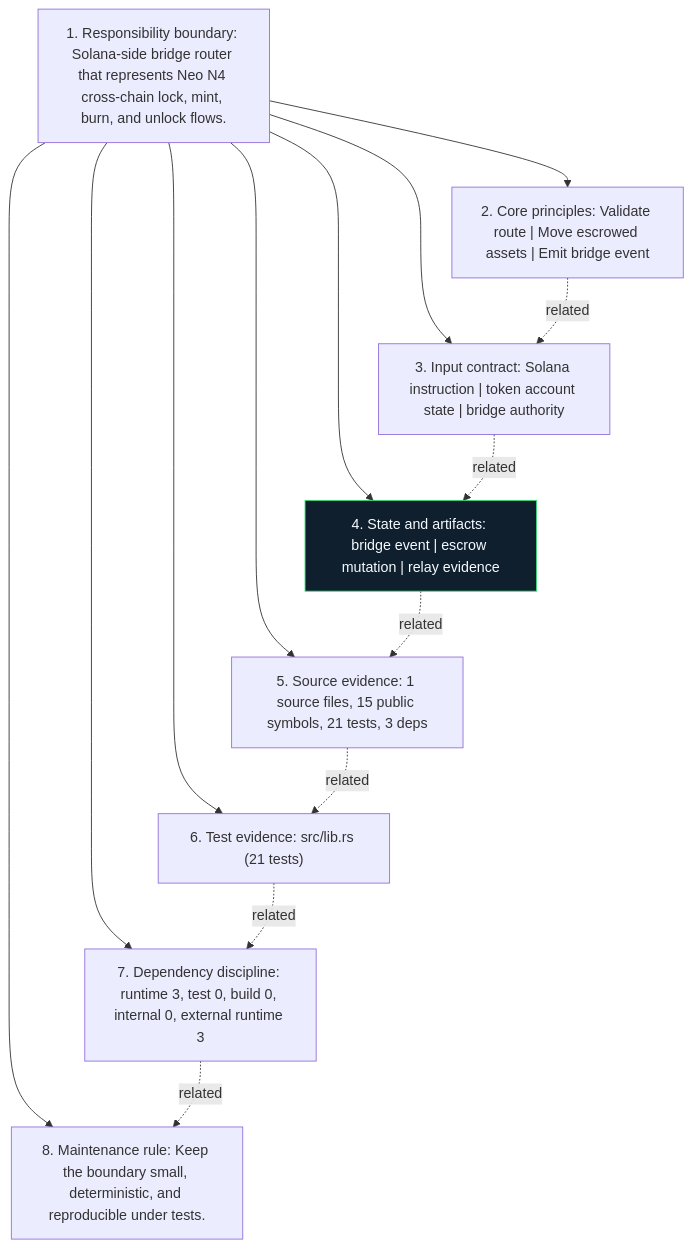
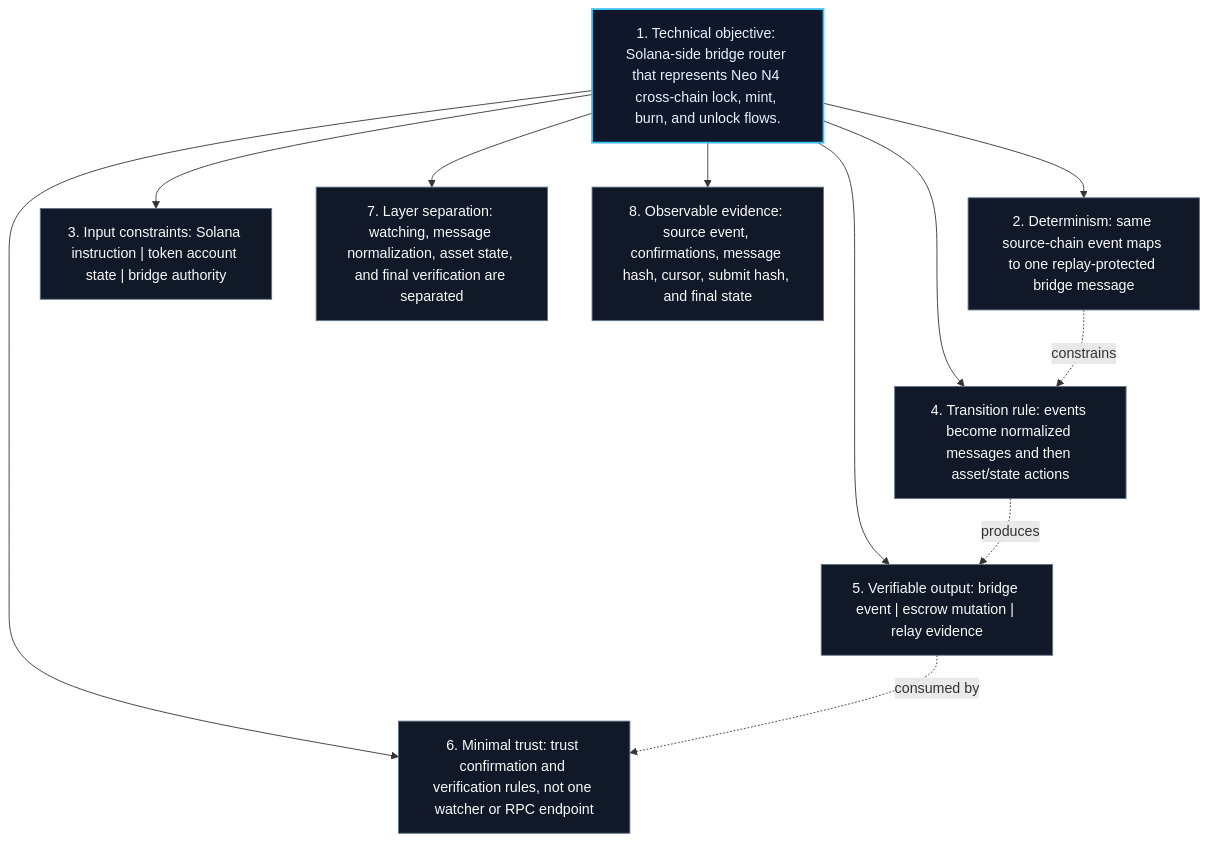
Before and after one commit to r3e-network/neo-n4: the diagram in external/foreign-contracts/sol/programs/neo-external-bridge-router/docs/figures/principles.mmd, drawn with Mermaid. The commit also changed 515 other files, not shown here.

Commit message:
Replace crate diagrams with technical views

```diff
--- a/external/foreign-contracts/sol/programs/neo-external-bridge-router/docs/figures/principles.mmd
+++ b/external/foreign-contracts/sol/programs/neo-external-bridge-router/docs/figures/principles.mmd
@@ -1,24 +1,23 @@
 flowchart TB
-    N1["1. Responsibility boundary: Solana-side bridge router that represents Neo N4 cross-chain lock, mint, burn, and unlock flows."]
-    N2["2. Core principles: Validate route | Move escrowed assets | Emit bridge event"]
-    N3["3. Input contract: Solana instruction | token account state | bridge authority"]
-    N4["4. State and artifacts: bridge event | escrow mutation | relay evidence"]
-    N5["5. Source evidence: 1 source files, 15 public symbols, 21 tests, 3 deps"]
-    N6["6. Test evidence: src/lib.rs (21 tests)"]
-    N7["7. Dependency discipline: runtime 3, test 0, build 0, internal 0, external runtime 3"]
-    N8["8. Maintenance rule: Keep the boundary small, deterministic, and reproducible under tests."]
+    N1["1. Technical objective: Solana-side bridge router that represents Neo N4 cross-chain lock, mint, burn, and unlock flows."]
+    N2["2. Determinism: same source-chain event maps to one replay-protected bridge message"]
+    N3["3. Input constraints: Solana instruction | token account state | bridge authority"]
+    N4["4. Transition rule: events become normalized messages and then asset/state actions"]
+    N5["5. Verifiable output: bridge event | escrow mutation | relay evidence"]
+    N6["6. Minimal trust: trust confirmation and verification rules, not one watcher or RPC endpoint"]
+    N7["7. Layer separation: watching, message normalization, asset state, and final verification are separated"]
+    N8["8. Observable evidence: source event, confirmations, message hash, cursor, submit hash, and final state"]
     N1 --> N2
     N1 --> N3
     N1 --> N4
     N1 --> N5
     N1 --> N6
     N1 --> N7
     N1 --> N8
-    N2 -. related .-> N3
-    N3 -. related .-> N4
-    N4 -. related .-> N5
-    N5 -. related .-> N6
-    N6 -. related .-> N7
-    N7 -. related .-> N8
-    classDef crate fill:#101f2d,stroke:#38d978,color:#f6fbff
-    class N4 crate
+    N2 -. constrains .-> N4
+    N4 -. produces .-> N5
+    N5 -. consumed by .-> N6
+    classDef core fill:#0f172a,stroke:#38bdf8,color:#e5f2ff,stroke-width:2px;
+    classDef support fill:#111827,stroke:#64748b,color:#f8fafc;
+    class N1 core;
+    class N2,N3,N4,N5,N6,N7,N8 support;
```
